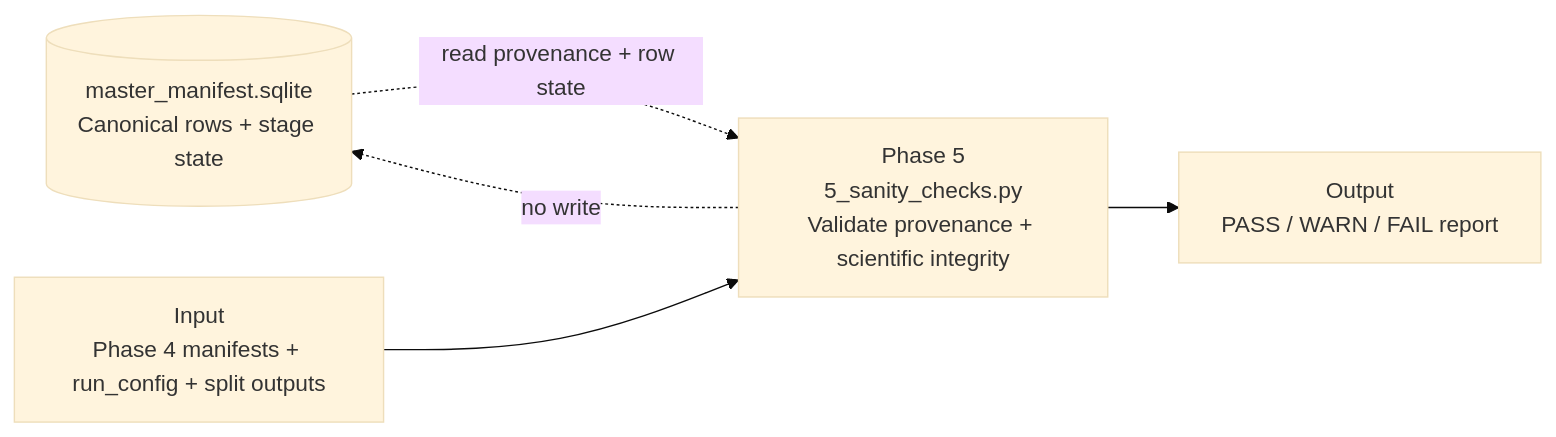
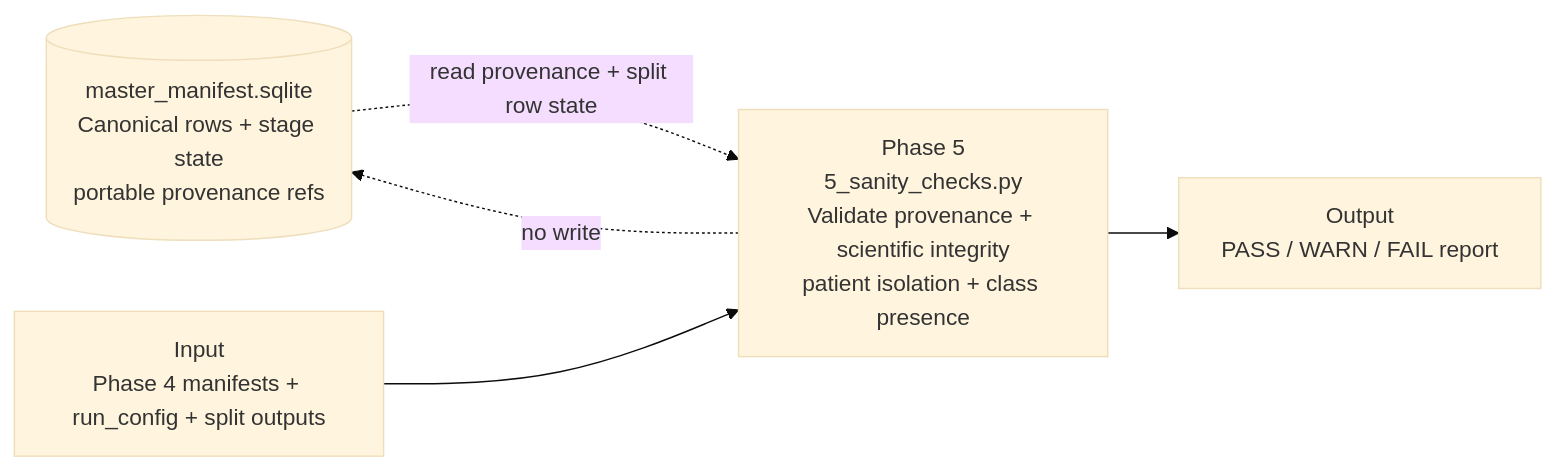
The diagram in MERMAID/phase_5_sanity_checks.mermaid (bhnunes/Master_Coding), drawn with Mermaid (base theme) before and after one commit. The commit also changed 27 other files, not shown here.

```diff
--- a/MERMAID/phase_5_sanity_checks.mermaid
+++ b/MERMAID/phase_5_sanity_checks.mermaid
@@ -1,10 +1,10 @@
 flowchart LR
-    manifest[(master_manifest.sqlite<br/>Canonical rows + stage state)]
+    manifest[(master_manifest.sqlite<br/>Canonical rows + stage state<br/>portable provenance refs)]
     phase4_outputs[Input<br/>Phase 4 manifests + run_config + split outputs]
-    p5[Phase 5<br/>5_sanity_checks.py<br/>Validate provenance + scientific integrity]
+    p5[Phase 5<br/>5_sanity_checks.py<br/>Validate provenance + scientific integrity<br/>patient isolation + class presence]
     report[Output<br/>PASS / WARN / FAIL report]
 
-    manifest -. read provenance + row state .-> p5
+    manifest -. read provenance + split row state .-> p5
     phase4_outputs --> p5
     p5 --> report
     p5 -. no write .-> manifest
```
